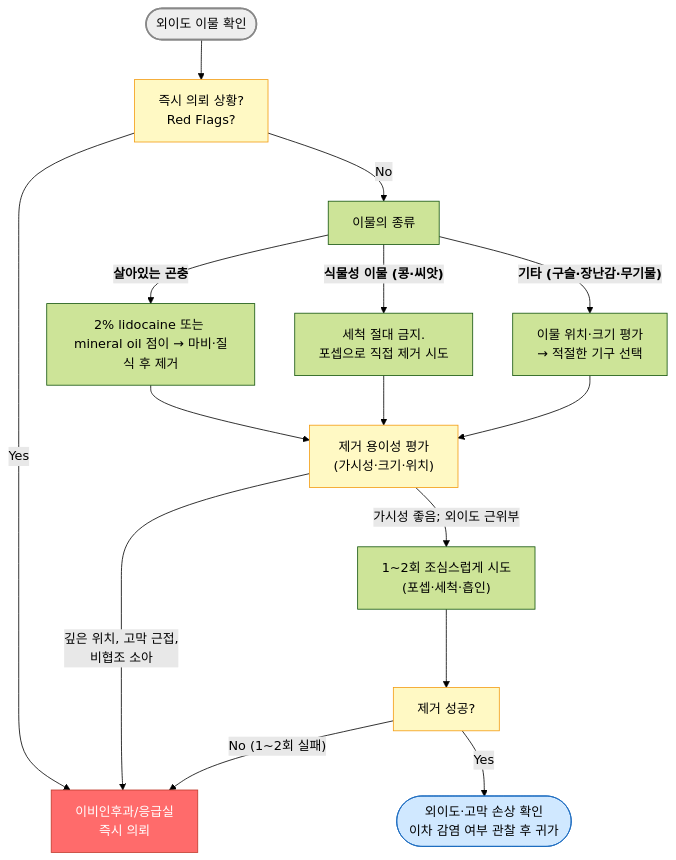
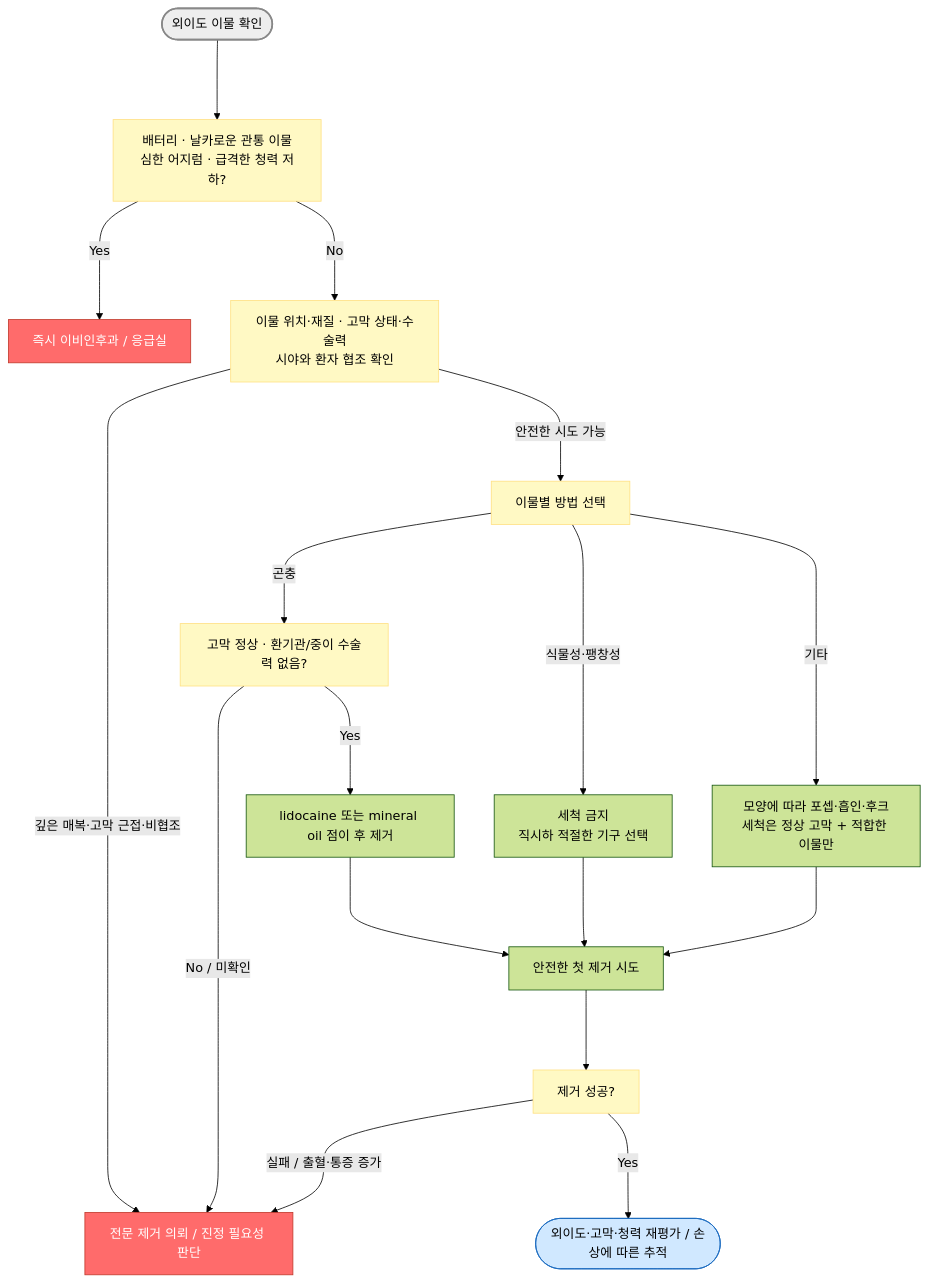
One commit to familyoh77/familyoh77 changed the second of 2 diagrams in 222_/049_-ear-injury.md. Above: the diagram before and after it, drawn with Mermaid (forest theme). The commit also changed other lines of this file, not shown here.

````diff
--- a/222_/049_-ear-injury.md
+++ b/222_/049_-ear-injury.md
@@ -289,30 +394,26 @@
 ```mermaid
-graph TD
-    Start(["외이도 이물 확인"]) --> RedFlags["즉시 의뢰 상황? <br> Red Flags?"]
-
-    RedFlags -- "Yes" --> Refer["이비인후과/응급실 <br> 즉시 의뢰"]
-    RedFlags -- "No" --> FBType["이물의 종류"]
-
-    FBType -- "<b>살아있는 곤충</b>" --> Insect["2% lidocaine 또는 mineral oil 점이 → 마비·질식 후 제거"]
-    FBType -- "<b>식물성 이물 (콩·씨앗)</b>" --> Vegetable["세척 절대 금지. <br>포셉으로 직접 제거 시도"]
-    FBType -- "<b>기타 (구슬·장난감·무기물)</b>" --> General["이물 위치·크기 평가<br>→ 적절한 기구 선택"]
-
-    Insect --> Attempt["제거 용이성 평가<br>(가시성·크기·위치)"]
-    Vegetable --> Attempt
-    General --> Attempt
-
-    Attempt -- "가시성 좋음; 외이도 근위부" --> Procedure["1~2회 조심스럽게 시도<br>(포셉·세척·흡인)"]
-    Attempt -- "깊은 위치, 고막 근접,
-    비협조 소아" --> Refer
-
-    Procedure --> Success["제거 성공?"]
-    Success -- "No (1~2회 실패)" --> Refer
-    Success -- "Yes" --> FollowUp(["외이도·고막 손상 확인<br>이차 감염 여부 관찰 후 귀가"])
+flowchart TD
+    Start([외이도 이물 확인]) ---> Red["배터리 · 날카로운 관통 이물<br>심한 어지럼 · 급격한 청력 저하?"]
+    Red --->|Yes| Urgent[즉시 이비인후과 / 응급실]
+    Red --->|No| Assess["이물 위치·재질 · 고막 상태·수술력<br>시야와 환자 협조 확인"]
+    Assess --->|"깊은 매복·고막 근접·비협조"| Refer[전문 제거 의뢰 / 진정 필요성 판단]
+    Assess --->|"안전한 시도 가능"| Type[이물별 방법 선택]
+    Type --->|곤충| TM["고막 정상 · 환기관/중이 수술력 없음?"]
+    TM --->|No / 미확인| Refer
+    TM --->|Yes| Insect["lidocaine 또는 mineral oil 점이 후 제거"]
+    Type --->|식물성·팽창성| Organic["세척 금지<br>직시하 적절한 기구 선택"]
+    Type --->|기타| Other["모양에 따라 포셉·흡인·후크<br>세척은 정상 고막 + 적합한 이물만"]
+    Insect ---> Attempt[안전한 첫 제거 시도]
+    Organic ---> Attempt
+    Other ---> Attempt
+    Attempt ---> Result[제거 성공?]
+    Result --->|"실패 / 출혈·통증 증가"| Refer
+    Result --->|Yes| Done([외이도·고막·청력 재평가 / 손상에 따른 추적])
 
     style Start fill:#eeeeee,stroke:#888888,stroke-width:2px
-    classDef yellow fill:#fff9c4,stroke:#f39c12
-    class RedFlags,Success,Attempt yellow
-
+    classDef yellow fill:#fff9c4,stroke:#ffe082
+    class Red,Assess,Type,TM,Result yellow
+    style Urgent fill:#ff6b6b,stroke:#c0392b,color:#fff
     style Refer fill:#ff6b6b,stroke:#c0392b,color:#fff
-    style FollowUp fill:#d0e8ff,stroke:#1a6abf
+    style Done fill:#d0e8ff,stroke:#1a6abf
 ```
````
